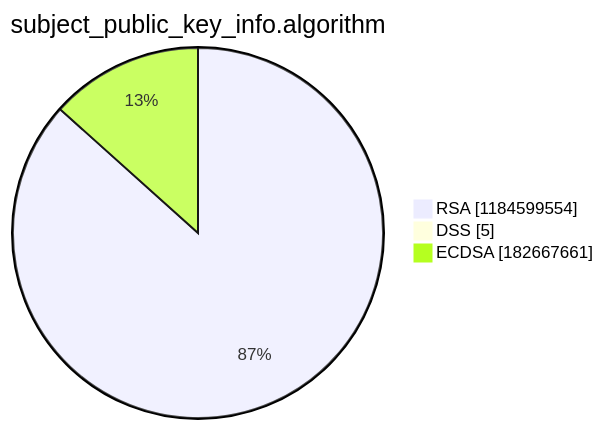
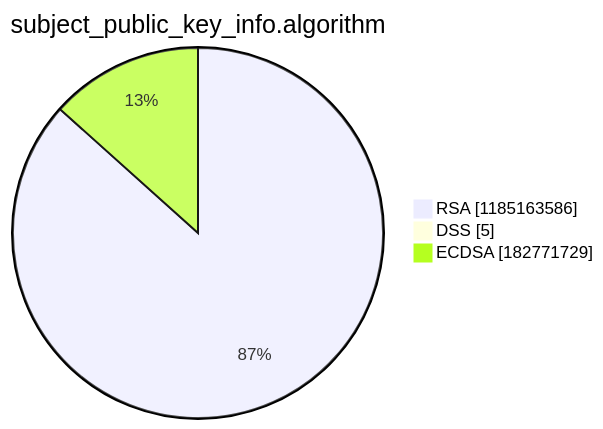
Before and after one commit to christiankrug/ctmonitor_visualization: the third of 15 diagrams in argon2022/README.md, drawn with Mermaid. The commit also changed other lines of this file, not shown here.

````diff
--- a/argon2022/README.md
+++ b/argon2022/README.md
@@ -14,7 +14,7 @@
 ```mermaid
 pie showData
 title subject_public_key_info.algorithm
-"RSA" :1184599554
+"RSA" :1185163586
 "DSS" :5
-"ECDSA" :182667661
+"ECDSA" :182771729
 ```
````
